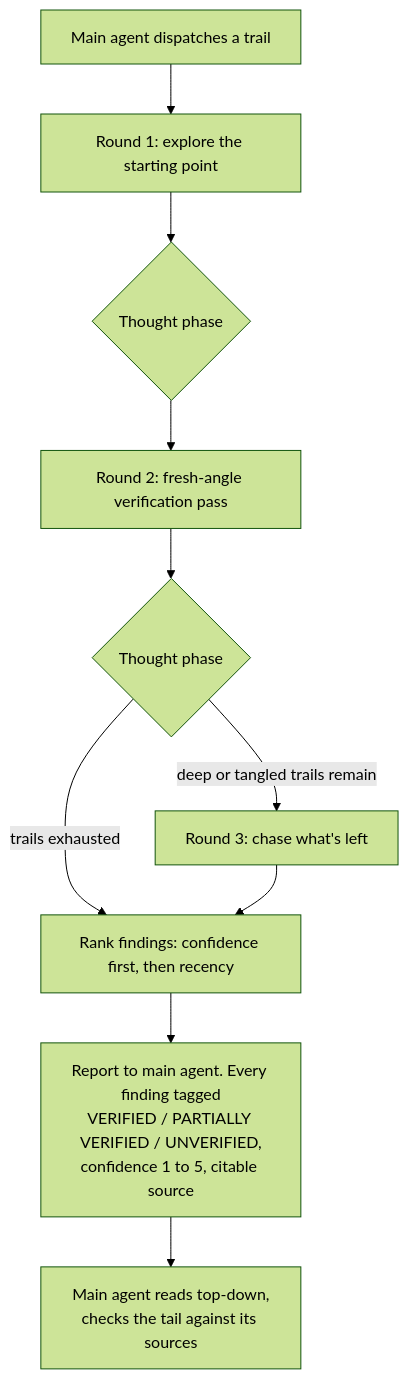
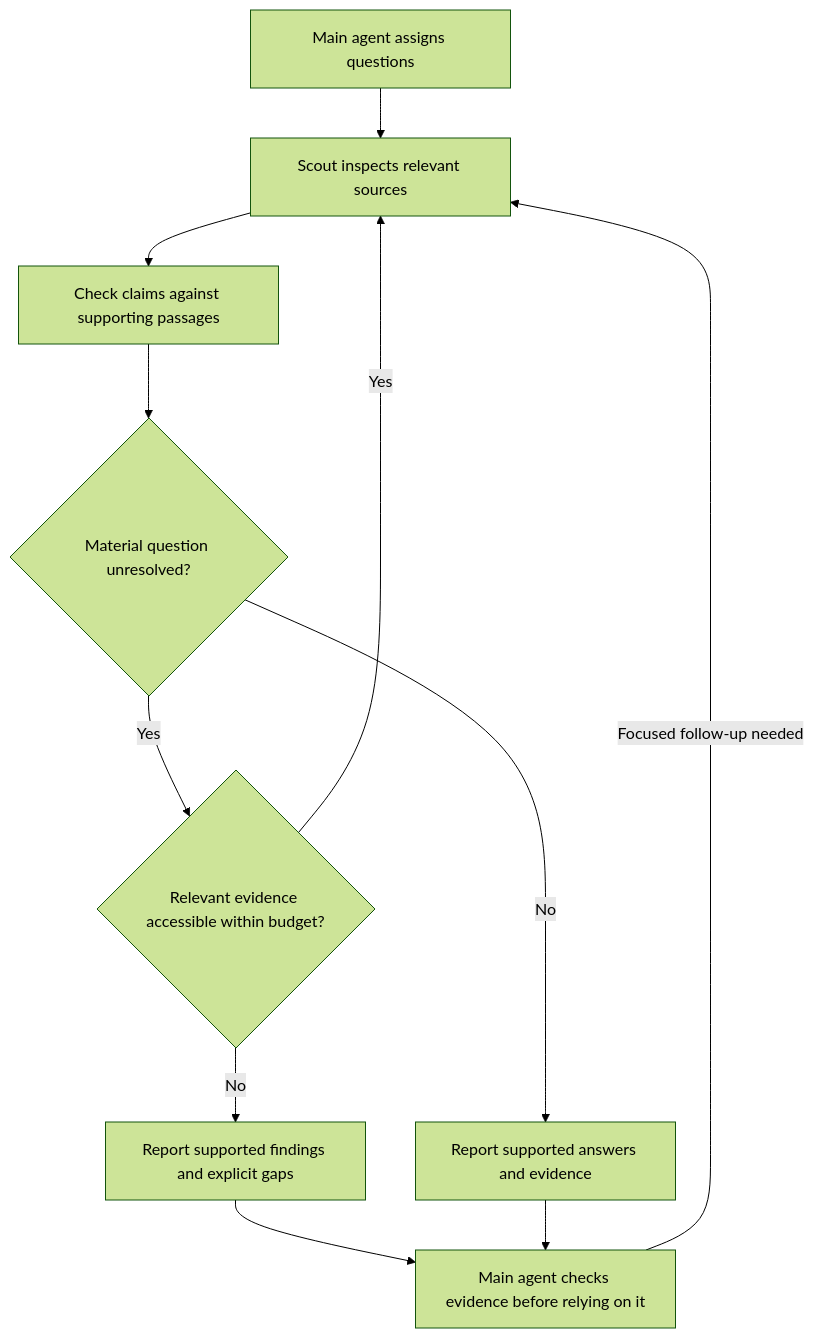
The first of 2 diagrams in README.md (RajarshiB21/Remoticon), drawn with Mermaid (forest theme) before and after one commit. The commit also changed other lines of this file and 54 other files, not shown here.

````diff
--- a/README.md
+++ b/README.md
@@ -30,12 +62,13 @@
 ```mermaid
 flowchart TD
-    A[Main agent dispatches a trail] --> B[Round 1: explore the starting point]
-    B --> T1{Thought phase}
-    T1 --> C[Round 2: fresh-angle verification pass]
-    C --> T2{Thought phase}
-    T2 -->|deep or tangled trails remain| D[Round 3: chase what's left]
-    T2 -->|trails exhausted| R[Rank findings: confidence first, then recency]
-    D --> R
-    R --> E["Report to main agent. Every finding tagged<br/>VERIFIED / PARTIALLY VERIFIED / UNVERIFIED,<br/>confidence 1 to 5, citable source"]
-    E --> F[Main agent reads top-down,<br/>checks the tail against its sources]
+    A[Main agent assigns questions] --> B[Scout inspects relevant sources]
+    B --> C[Check claims against supporting passages]
+    C --> D{Material question unresolved?}
+    D -->|Yes| E{Relevant evidence accessible within budget?}
+    E -->|Yes| B
+    E -->|No| F[Report supported findings and explicit gaps]
+    D -->|No| G[Report supported answers and evidence]
+    F --> H[Main agent checks evidence before relying on it]
+    G --> H
+    H -->|Focused follow-up needed| B
 ```
````
